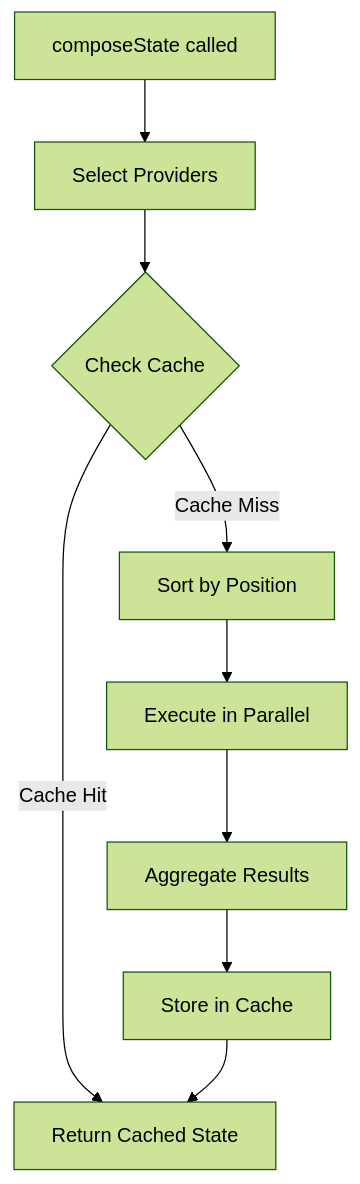
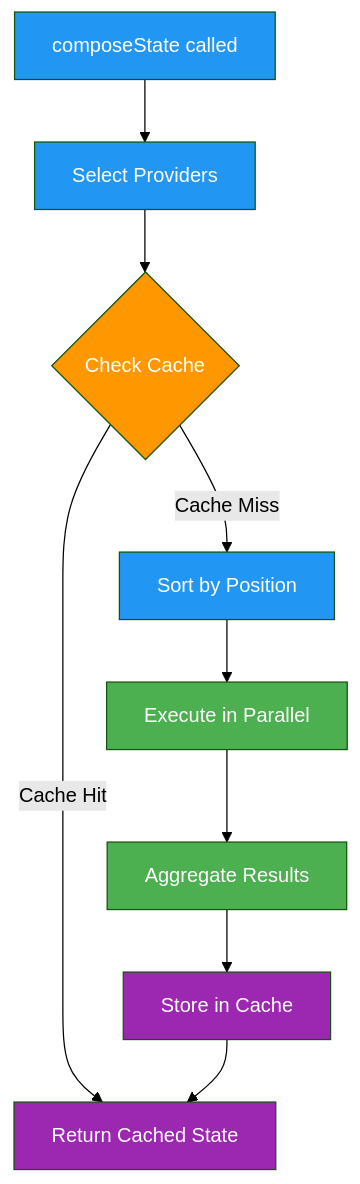
One commit to elizaOS/docs changed the diagram in runtime/providers.mdx. Above: the diagram before and after it, drawn with Mermaid (forest theme). The commit also changed 10 other files, not shown here.

Commit message:
improve mermaids

````diff
--- a/runtime/providers.mdx
+++ b/runtime/providers.mdx
@@ -365,11 +365,21 @@
 ```mermaid
-graph TD
+flowchart TD
     Start[composeState called] --> Select[Select Providers]
     Select --> Check{Check Cache}
     Check -->|Cache Hit| Return[Return Cached State]
     Check -->|Cache Miss| Sort[Sort by Position]
     Sort --> Execute[Execute in Parallel]
     Execute --> Aggregate[Aggregate Results]
     Aggregate --> Cache[Store in Cache]
     Cache --> Return
+    
+    classDef process fill:#2196f3,color:#fff
+    classDef decision fill:#ff9800,color:#fff
+    classDef execution fill:#4caf50,color:#fff
+    classDef result fill:#9c27b0,color:#fff
+    
+    class Start,Select,Sort process
+    class Check decision
+    class Execute,Aggregate execution
+    class Return,Cache result
 ```
````
